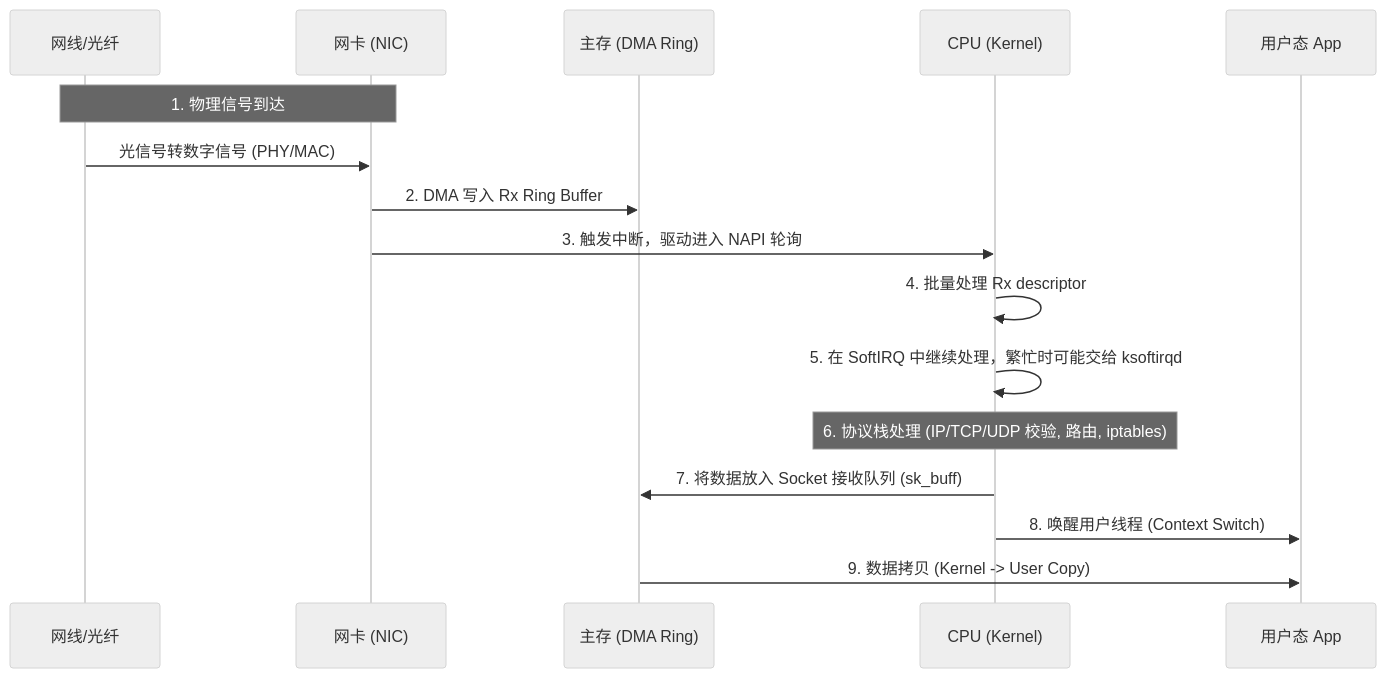
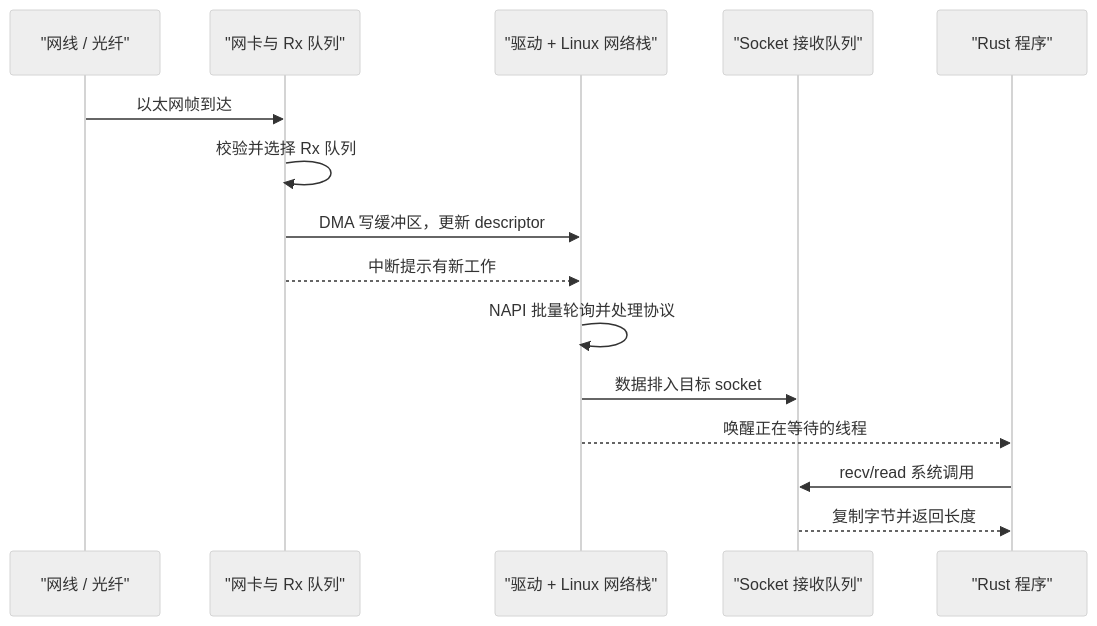
One commit to xizheyin/hft-book-rs changed the diagram in books/rust-hft/src/network/basics.md. Above: the diagram before and after it, drawn with Mermaid (neutral theme). The commit also changed other lines of this file and 79 other files, not shown here.

````diff
--- a/books/rust-hft/src/network/basics.md
+++ b/books/rust-hft/src/network/basics.md
@@ -15,19 +27,18 @@
 ```mermaid
 sequenceDiagram
-    participant Wire as 网线/光纤
-    participant NIC as 网卡 (NIC)
-    participant RAM as 主存 (DMA Ring)
-    participant CPU as CPU (Kernel)
-    participant App as 用户态 App
+    participant Wire as "网线 / 光纤"
+    participant NIC as "网卡与 Rx 队列"
+    participant Kernel as "驱动 + Linux 网络栈"
+    participant Socket as "Socket 接收队列"
+    participant App as "Rust 程序"
 
-    Note over Wire, NIC: 1. 物理信号到达
-    Wire->>NIC: 光信号转数字信号 (PHY/MAC)
-    NIC->>RAM: 2. DMA 写入 Rx Ring Buffer
-    NIC->>CPU: 3. 触发中断，驱动进入 NAPI 轮询
-    CPU->>CPU: 4. 批量处理 Rx descriptor
-    CPU->>CPU: 5. 在 SoftIRQ 中继续处理，繁忙时可能交给 ksoftirqd
-    Note over CPU: 6. 协议栈处理 (IP/TCP/UDP 校验, 路由, iptables)
-    CPU->>RAM: 7. 将数据放入 Socket 接收队列 (sk_buff)
-    CPU->>App: 8. 唤醒用户线程 (Context Switch)
-    RAM->>App: 9. 数据拷贝 (Kernel -> User Copy)
+    Wire->>NIC: 以太网帧到达
+    NIC->>NIC: 校验并选择 Rx 队列
+    NIC->>Kernel: DMA 写缓冲区，更新 descriptor
+    NIC-->>Kernel: 中断提示有新工作
+    Kernel->>Kernel: NAPI 批量轮询并处理协议
+    Kernel->>Socket: 数据排入目标 socket
+    Kernel-->>App: 唤醒正在等待的线程
+    App->>Socket: recv/read 系统调用
+    Socket-->>App: 复制字节并返回长度
 ```
````
